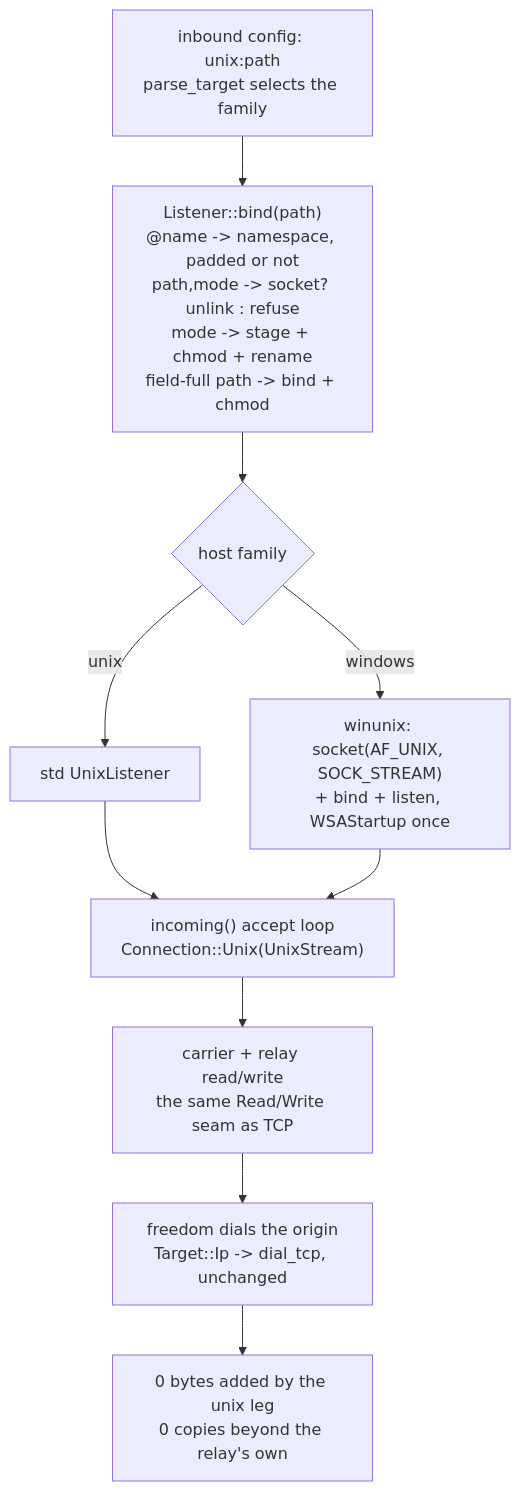
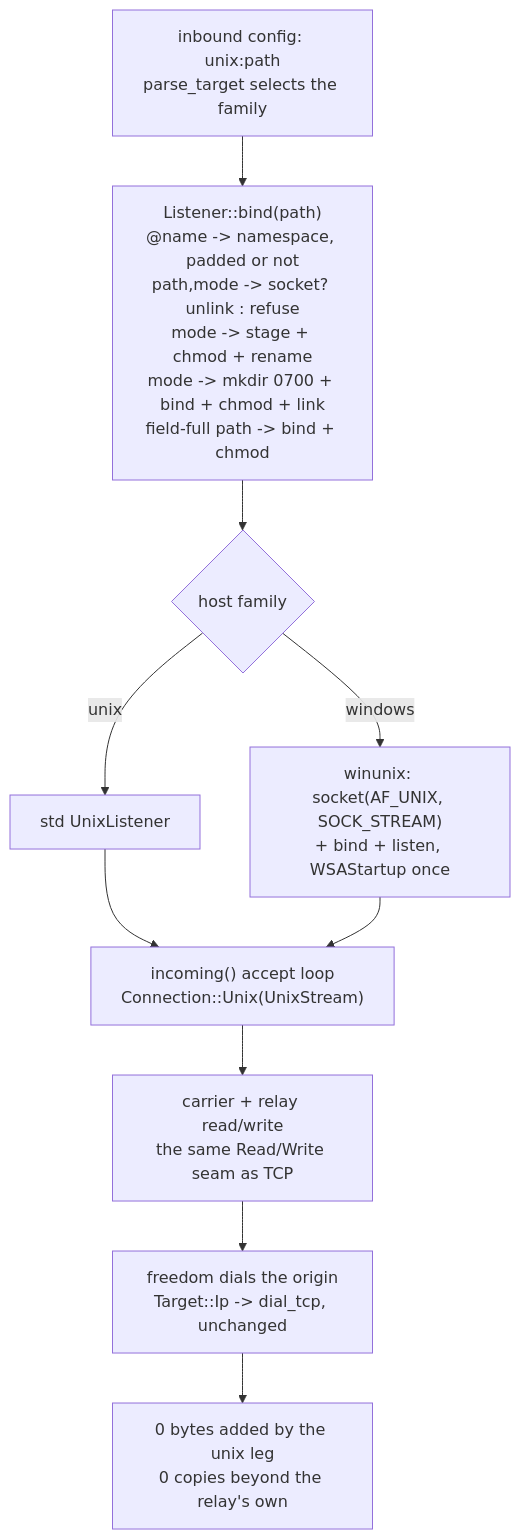
Before and after one commit to Ferrocite/ferrox: the diagram in docs/function/unix.md, drawn with Mermaid. The commit also changed other lines of this file and 2 other files, not shown here.

Commit message:
unix: stage the mode in a private directory and link it into place

````diff
--- a/docs/function/unix.md
+++ b/docs/function/unix.md
@@ -15,12 +15,12 @@
 ```mermaid
 graph TD
-    A["inbound config: unix:path<br/>parse_target selects the family"] --> B["Listener::bind(path)<br/>@name -> namespace, padded or not<br/>path,mode -> socket? unlink : refuse<br/>mode -> stage + chmod + rename<br/>field-full path -> bind + chmod"]
+    A["inbound config: unix:path<br/>parse_target selects the family"] --> B["Listener::bind(path)<br/>@name -> namespace, padded or not<br/>path,mode -> socket? unlink : refuse<br/>mode -> stage + chmod + rename<br/>mode -> mkdir 0700 + bind + chmod + link<br/>field-full path -> bind + chmod"]
     B --> W{"host family"}
     W -->|"unix"| B1["std UnixListener"]
     W -->|"windows"| B2["winunix: socket(AF_UNIX, SOCK_STREAM)<br/>+ bind + listen, WSAStartup once"]
     B1 --> I["incoming() accept loop<br/>Connection::Unix(UnixStream)"]
     B2 --> I
     I --> C["carrier + relay read/write<br/>the same Read/Write seam as TCP"]
     C --> D["freedom dials the origin<br/>Target::Ip -> dial_tcp, unchanged"]
     D --> Z["0 bytes added by the unix leg<br/>0 copies beyond the relay's own"]
 ```
````
